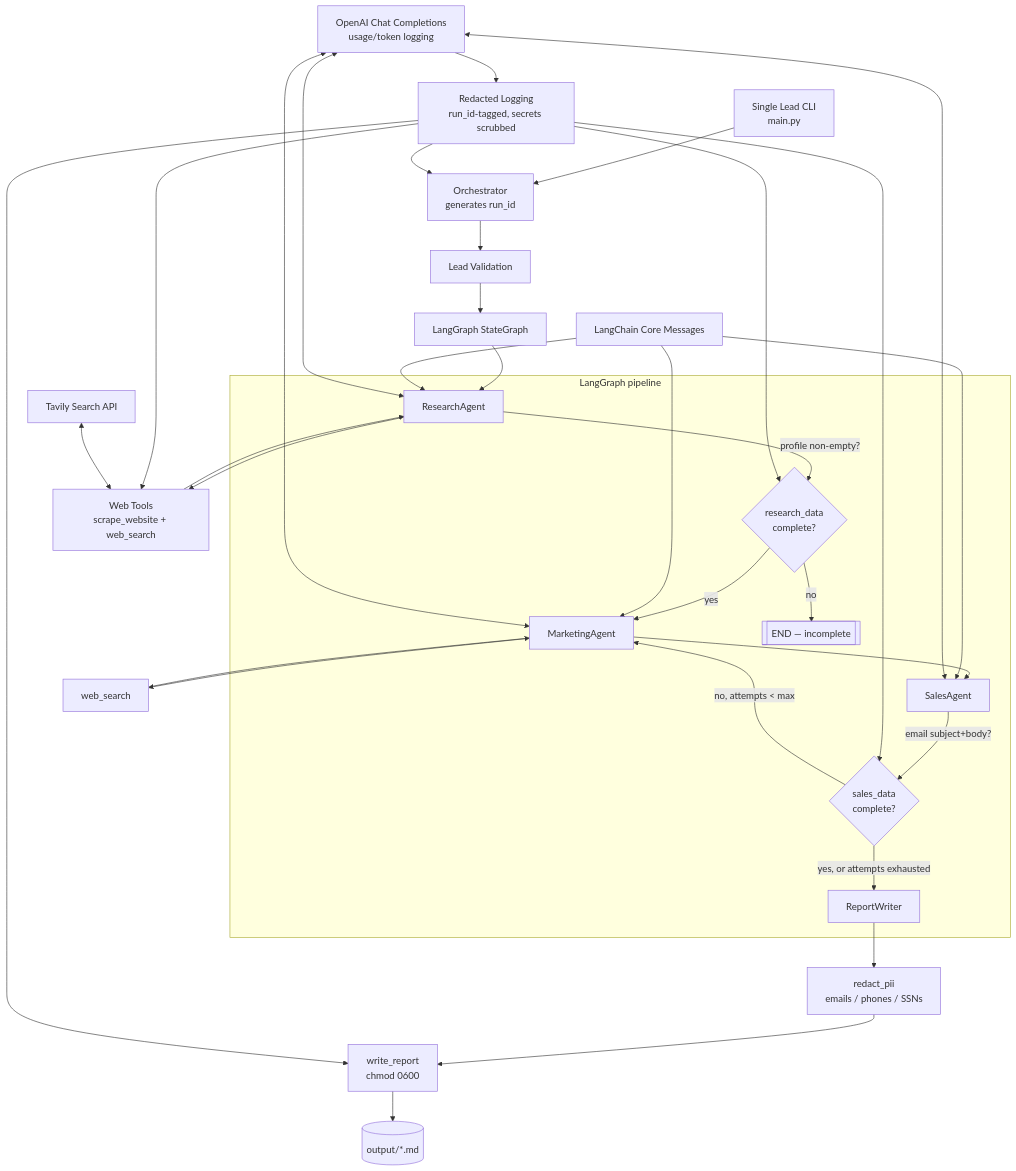
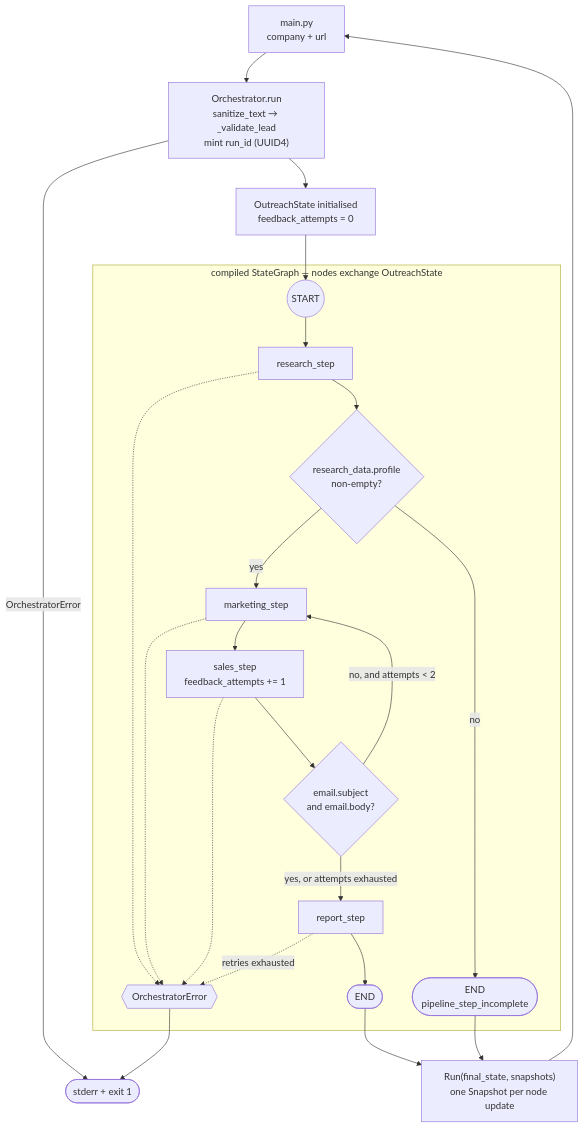
The second of 6 diagrams in docs/architecture.md (jrrene7/COA-Agent), drawn with Mermaid before and after one commit. The commit also changed other lines of this file, not shown here.

Commit message:
diagram update

````diff
--- a/docs/architecture.md
+++ b/docs/architecture.md
@@ -5,42 +48,28 @@
 ```mermaid
 flowchart TD
-    CLI[Single Lead CLI<br/>main.py] --> ORCH[Orchestrator<br/>generates run_id]
-    ORCH --> VALIDATE[Lead Validation]
-    VALIDATE --> MACHINE[LangGraph StateGraph]
+    CLI["main.py<br/>company + url"] --> VAL["Orchestrator.run<br/>sanitize_text → _validate_lead<br/>mint run_id (UUID4)"]
+    VAL -->|OrchestratorError| FAIL(["stderr + exit 1"])
+    VAL --> INIT["OutreachState initialised<br/>feedback_attempts = 0"]
+    INIT --> ENTRY((START))
 
-    subgraph GRAPH[LangGraph pipeline]
-        RESEARCH[ResearchAgent] -->|"profile non-empty?"| ROUTE{research_data<br/>complete?}
-        ROUTE -->|yes| MARKETING[MarketingAgent]
-        ROUTE -->|no| ABORT[[END — incomplete]]
-        MARKETING --> SALES[SalesAgent]
-        SALES -->|"email subject+body?"| ROUTE2{sales_data<br/>complete?}
-        ROUTE2 -->|"no, attempts < max"| MARKETING
-        ROUTE2 -->|"yes, or attempts exhausted"| REPORT[ReportWriter]
+    subgraph GRAPH["compiled StateGraph — nodes exchange OutreachState"]
+        ENTRY --> RS["research_step"]
+        RS --> R1{"research_data.profile<br/>non-empty?"}
+        R1 -->|no| ENDINC(["END<br/>pipeline_step_incomplete"])
+        R1 -->|yes| MS["marketing_step"]
+        MS --> SS["sales_step<br/>feedback_attempts += 1"]
+        SS --> R2{"email.subject<br/>and email.body?"}
+        R2 -->|"no, and attempts &lt; 2"| MS
+        R2 -->|"yes, or attempts exhausted"| RPS["report_step"]
+        RPS --> ENDOK(["END"])
+        RS -.-> RAISE
+        MS -.-> RAISE
+        SS -.-> RAISE
+        RPS -.->|"retries exhausted"| RAISE{{"OrchestratorError"}}
     end
 
-    MACHINE --> RESEARCH
-    RESEARCH --> WEBTOOLS[Web Tools<br/>scrape_website + web_search]
-    WEBTOOLS --> RESEARCH
-    MARKETING --> SEARCH[web_search]
-    SEARCH --> MARKETING
-
-    REPORT --> REDACT[redact_pii<br/>emails / phones / SSNs]
-    REDACT --> FILETOOL[write_report<br/>chmod 0600]
-    FILETOOL --> OUTPUT[(output/*.md)]
-
-    MSG[LangChain Core Messages] --> RESEARCH
-    MSG --> MARKETING
-    MSG --> SALES
-
-    LOG[Redacted Logging<br/>run_id-tagged, secrets scrubbed] --> ORCH
-    LOG --> ROUTE
-    LOG --> ROUTE2
-    LOG --> WEBTOOLS
-    LOG --> FILETOOL
-
-    LLM[OpenAI Chat Completions<br/>usage/token logging] <--> RESEARCH
-    LLM <--> MARKETING
-    LLM <--> SALES
-    LLM --> LOG
-    TAVILY[Tavily Search API] <--> WEBTOOLS
+    ENDOK --> RUN["Run(final_state, snapshots)<br/>one Snapshot per node update"]
+    ENDINC --> RUN
+    RAISE --> FAIL
+    RUN --> CLI
 ```
````
